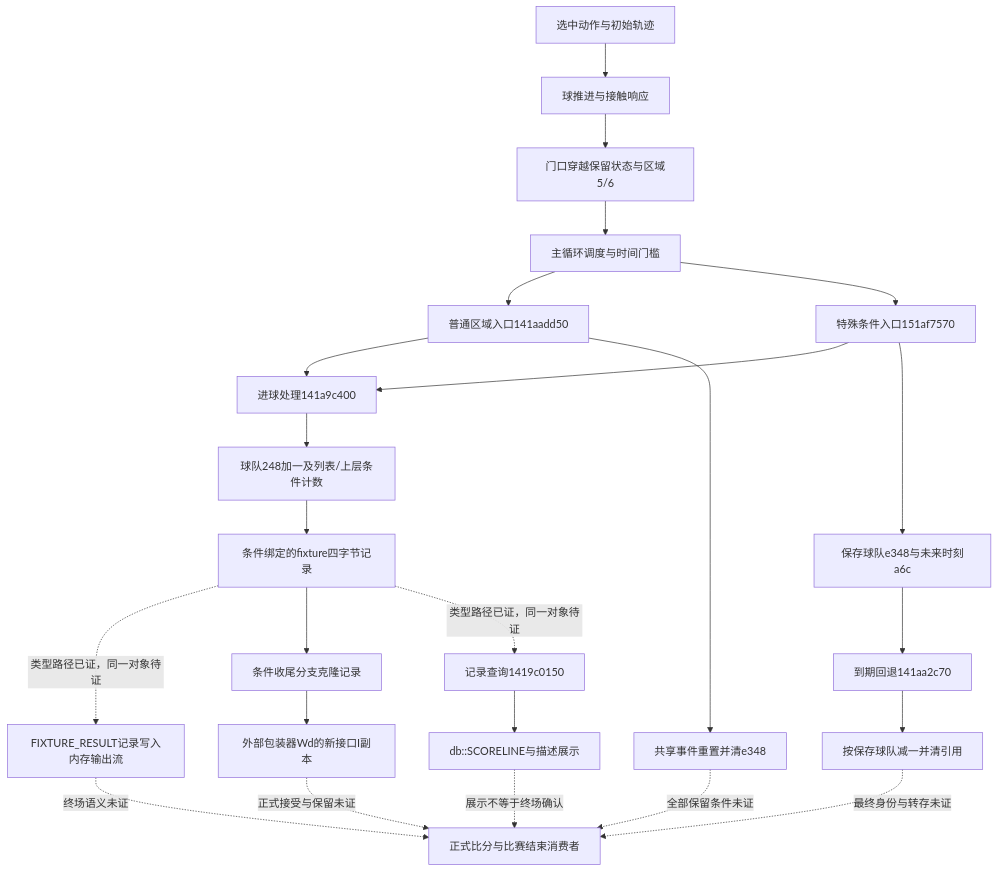
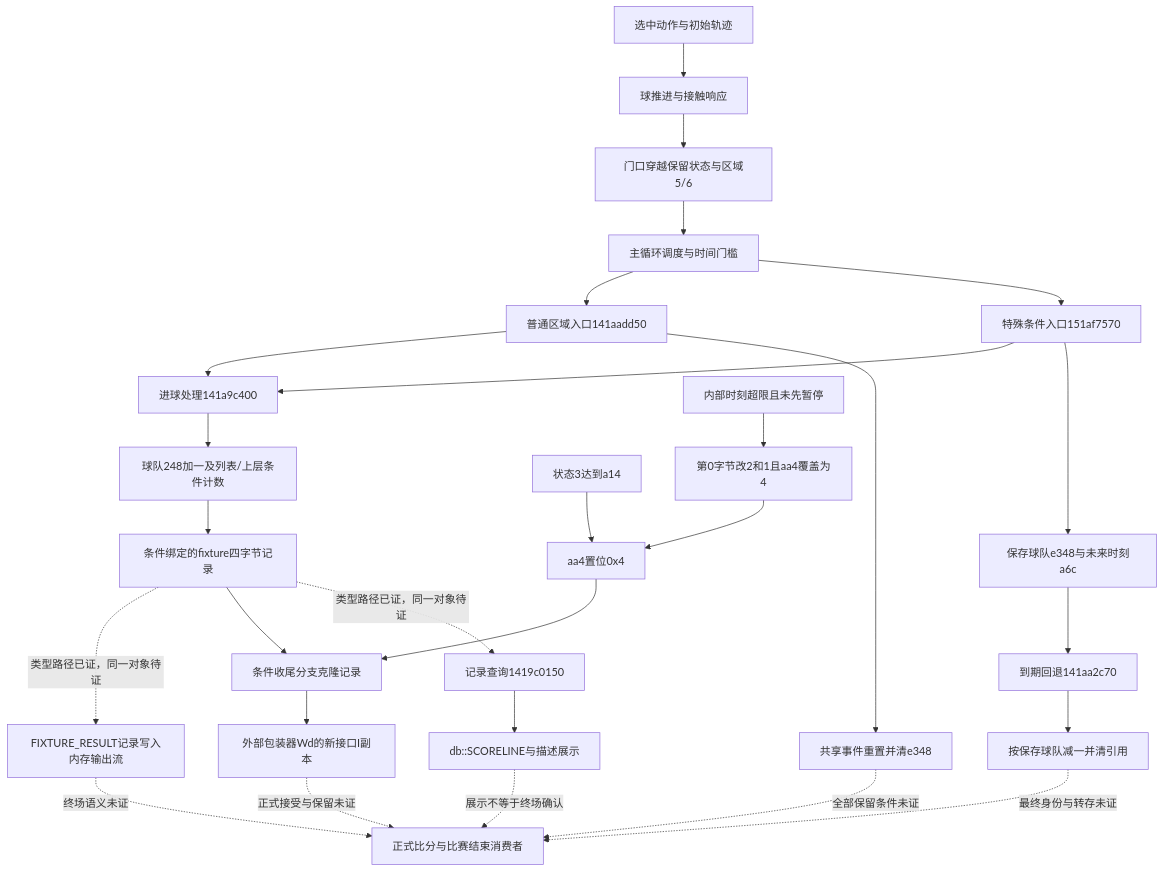
Before and after one commit to appleface2050/FM24-Engine-Research: the diagram in RESEARCH_MAP.md, drawn with Mermaid. The commit also changed other lines of this file and 7 other files, not shown here.

````diff
--- a/RESEARCH_MAP.md
+++ b/RESEARCH_MAP.md
@@ -20,26 +20,30 @@
 ```mermaid
 flowchart TD
     A[选中动作与初始轨迹] --> B[球推进与接触响应]
     B --> C[门口穿越保留状态与区域5/6]
     C --> D[主循环调度与时间门槛]
     D --> E[普通区域入口141aadd50]
     E --> F[进球处理141a9c400]
     F --> G[球队248加一及列表/上层条件计数]
     E --> H[共享事件重置并清e348]
     D --> I[特殊条件入口151af7570]
     I --> F
     I --> J[保存球队e348与未来时刻a6c]
     J --> K[到期回退141aa2c70]
     K --> L[按保存球队减一并清引用]
     G --> N[条件绑定的fixture四字节记录]
     N -. 类型路径已证，同一对象待证 .-> O[FIXTURE_RESULT记录写入内存输出流]
     O -. 终场语义未证 .-> M[正式比分与比赛结束消费者]
     N --> R[条件收尾分支克隆记录]
+    V[状态3达到a14] --> U[aa4置位0x4]
+    W[内部时刻超限且未先暂停] --> Y[第0字节改2和1且aa4覆盖为4]
+    Y --> U
+    U --> R
     R --> S[外部包装器Wd的新接口I副本]
     S -. 正式接受与保留未证 .-> M
     N -. 类型路径已证，同一对象待证 .-> P[记录查询1419c0150]
     P --> Q[db::SCORELINE与描述展示]
     Q -. 展示不等于终场确认 .-> M
     L -. 最终身份与转存未证 .-> M
     H -. 全部保留条件未证 .-> M
 ```
````
